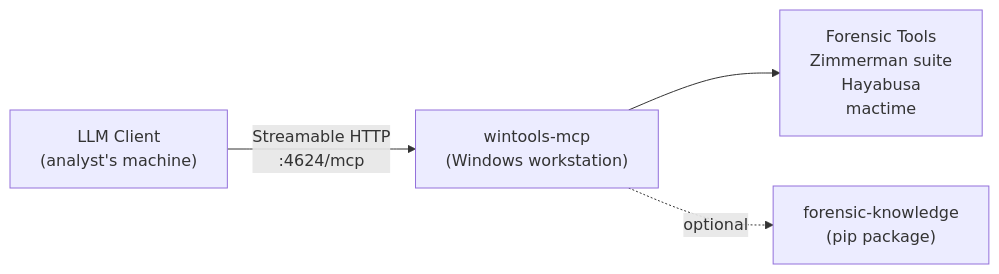
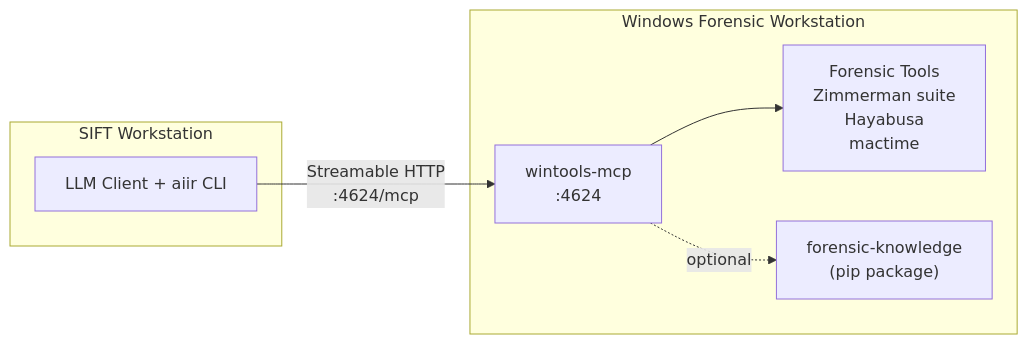
One commit to AppliedIR/wintools-mcp changed the first of 3 diagrams in README.md. Above: the diagram before and after it, drawn with Mermaid. The commit also changed other lines of this file, not shown here.

Commit message:
fix diagram: show LLM client on SIFT connecting to Windows workstation

````diff
--- a/README.md
+++ b/README.md
@@ -9,6 +9,17 @@
 ```mermaid
 graph LR
-    C["LLM Client<br/>(analyst's machine)"] -->|"Streamable HTTP<br/>:4624/mcp"| WT["wintools-mcp<br/>(Windows workstation)"]
-    WT --> TOOLS["Forensic Tools<br/>Zimmerman suite<br/>Hayabusa<br/>mactime"]
-    WT -.->|"optional"| FK["forensic-knowledge<br/>(pip package)"]
+    subgraph sift ["SIFT Workstation"]
+        C["LLM Client + aiir CLI"]
+    end
+
+    subgraph winbox ["Windows Forensic Workstation"]
+        WT["wintools-mcp<br/>:4624"]
+        TOOLS["Forensic Tools<br/>Zimmerman suite<br/>Hayabusa<br/>mactime"]
+        FK["forensic-knowledge<br/>(pip package)"]
+
+        WT --> TOOLS
+        WT -.->|"optional"| FK
+    end
+
+    C -->|"Streamable HTTP<br/>:4624/mcp"| WT
 ```
````
